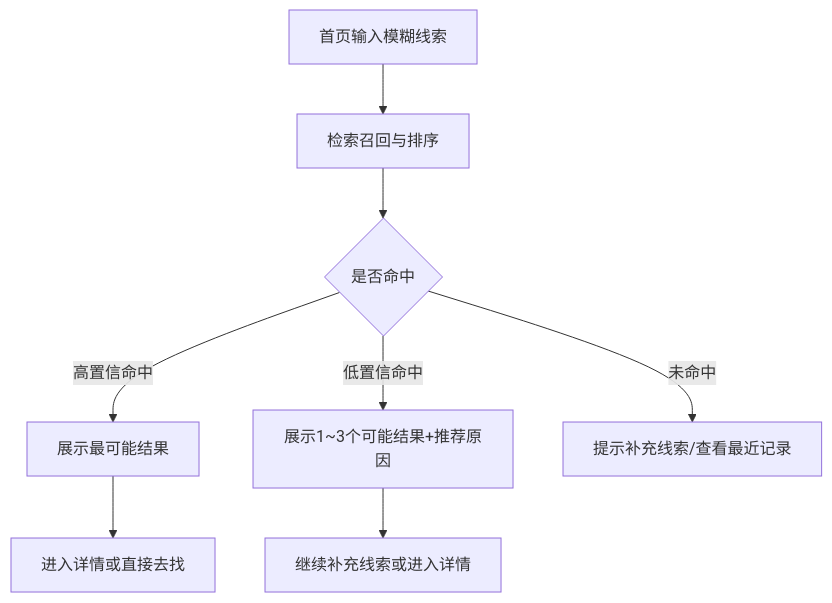
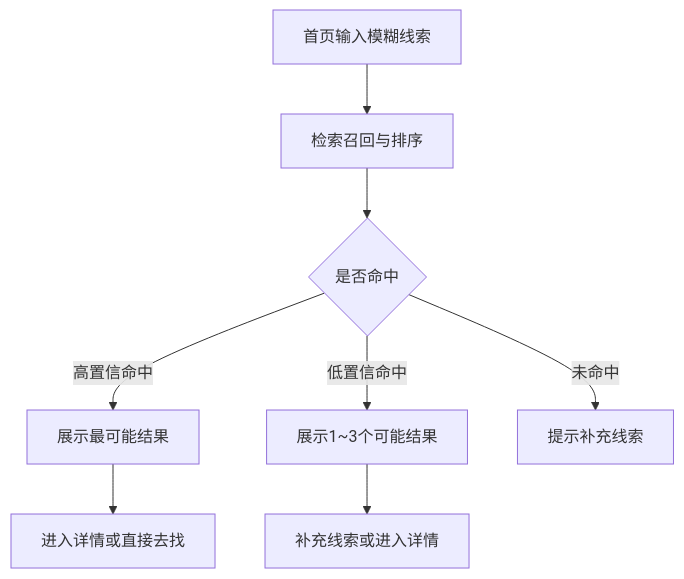
Before and after one commit to SK-Runner/remember-everything: the third of 5 diagrams in doc/产品规划/物品位置记忆APP_MVP_PRD.md, drawn with Mermaid. The commit also changed other lines of this file and 1 other file, not shown here.

````diff
--- a/doc/产品规划/物品位置记忆APP_MVP_PRD.md
+++ b/doc/产品规划/物品位置记忆APP_MVP_PRD.md
@@ -378,10 +258,10 @@
 ```mermaid
 flowchart TD
     A[首页输入模糊线索] --> B[检索召回与排序]
     B --> C{是否命中}
     C -- 高置信命中 --> D[展示最可能结果]
-    C -- 低置信命中 --> E[展示1~3个可能结果+推荐原因]
-    C -- 未命中 --> F[提示补充线索/查看最近记录]
+    C -- 低置信命中 --> E[展示1~3个可能结果]
+    C -- 未命中 --> F[提示补充线索]
     D --> G[进入详情或直接去找]
-    E --> H[继续补充线索或进入详情]
+    E --> H[补充线索或进入详情]
 ```
````
